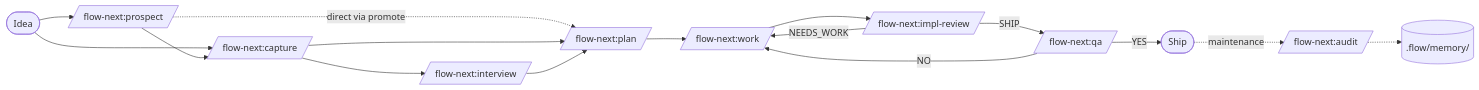
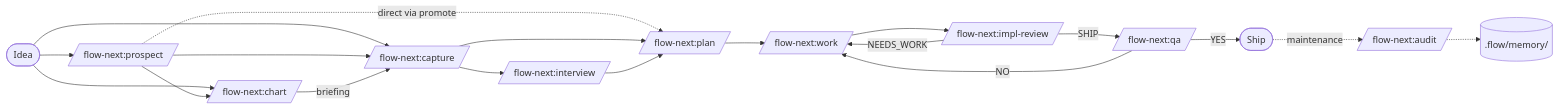
Before and after one commit to gmickel/flow-next: the diagram in README.md, drawn with Mermaid. The commit also changed other lines of this file and 42 other files, not shown here.

First line of the commit message:
docs+dist(chart): repo docs, inventory assertions, mirrors, propagation, full gate (fn-135.7)

````diff
--- a/README.md
+++ b/README.md
@@ -196,19 +196,22 @@
 ```mermaid
 flowchart LR
     Idea([Idea]) --> P[/flow-next:prospect/]
+    Idea --> Ch[/flow-next:chart/]
     Idea --> C[/flow-next:capture/]
+    P --> Ch
     P --> C
+    Ch -->|briefing| C
     P -.->|direct via promote| L[/flow-next:plan/]
     C --> L
     C --> I[/flow-next:interview/]
     I --> L
     L --> W[/flow-next:work/]
     W --> R[/flow-next:impl-review/]
     R -->|SHIP| Q[/flow-next:qa/]
     R -->|NEEDS_WORK| W
     Q -->|YES| Done([Ship])
     Q -->|NO| W
 
     Done -.maintenance.-> A[/flow-next:audit/]
     A -.-> M[(.flow/memory/)]
 ```
````
